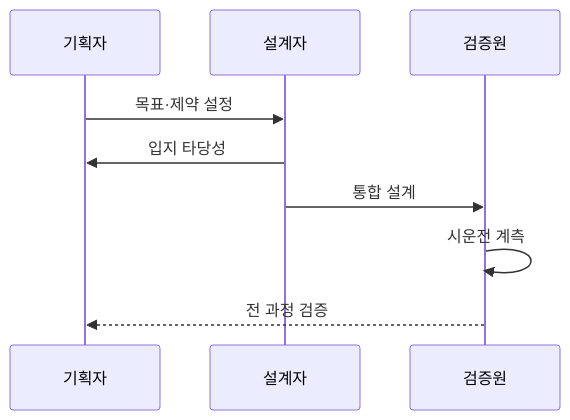
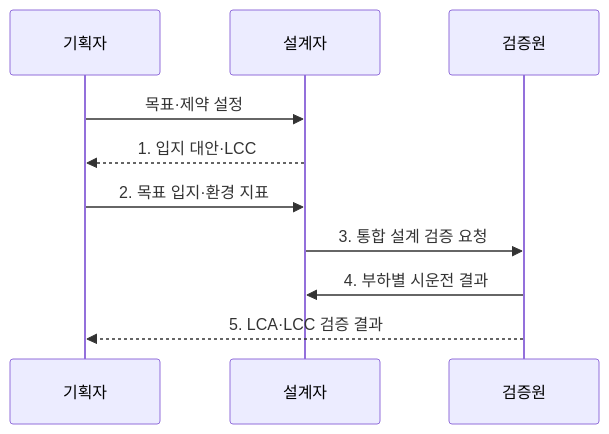
The second of 2 diagrams in src/content/docs/notes/06-evaluation/041_green_datacenter_design.md (agnusdei1207/knowledge-base), drawn with Mermaid before and after one commit. The commit also changed other lines of this file and 9 other files, not shown here.

````diff
--- a/src/content/docs/notes/06-evaluation/041_green_datacenter_design.md
+++ b/src/content/docs/notes/06-evaluation/041_green_datacenter_design.md
@@ -83,11 +85,12 @@
 ```mermaid
 sequenceDiagram
     participant P as 기획자
     participant A as 설계자
     participant V as 검증원
     P->>A: 목표·제약 설정
-    A->>P: 입지 타당성
-    A->>V: 통합 설계
-    V->>V: 시운전 계측
-    V-->>P: 전 과정 검증
+    A-->>P: 1. 입지 대안·LCC
+    P->>A: 2. 목표 입지·환경 지표
+    A->>V: 3. 통합 설계 검증 요청
+    V->>A: 4. 부하별 시운전 결과
+    V-->>P: 5. LCA·LCC 검증 결과
 ```
````
